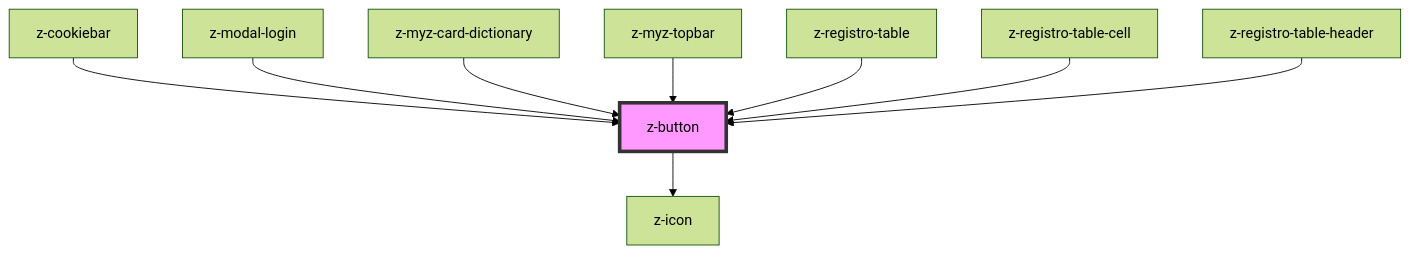
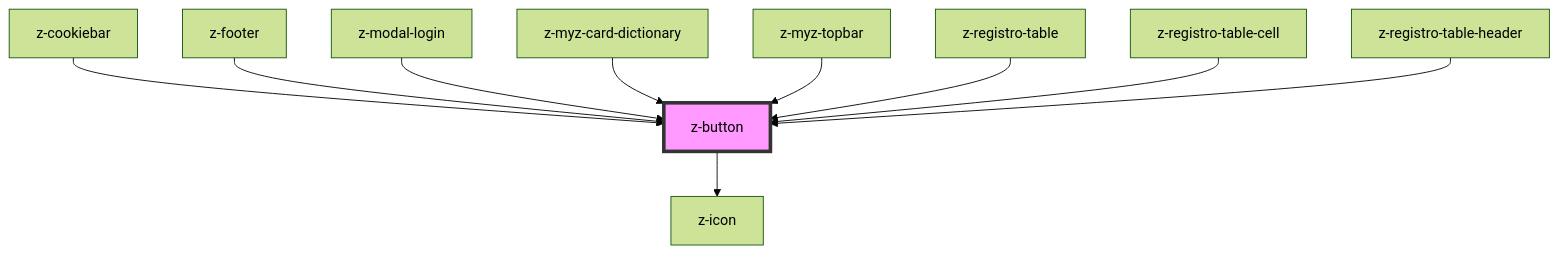
The diagram in src/components/buttons/z-button/readme.md (ZanichelliEditore/design-system), drawn with Mermaid (forest theme) before and after one commit. The commit also changed other lines of this file and 13 other files, not shown here.

````diff
--- a/src/components/buttons/z-button/readme.md
+++ b/src/components/buttons/z-button/readme.md
@@ -70,12 +71,13 @@
 ```mermaid
 graph TD;
   z-button --> z-icon
   z-cookiebar --> z-button
+  z-footer --> z-button
   z-modal-login --> z-button
   z-myz-card-dictionary --> z-button
   z-myz-topbar --> z-button
   z-registro-table --> z-button
   z-registro-table-cell --> z-button
   z-registro-table-header --> z-button
   style z-button fill:#f9f,stroke:#333,stroke-width:4px
 ```
````
